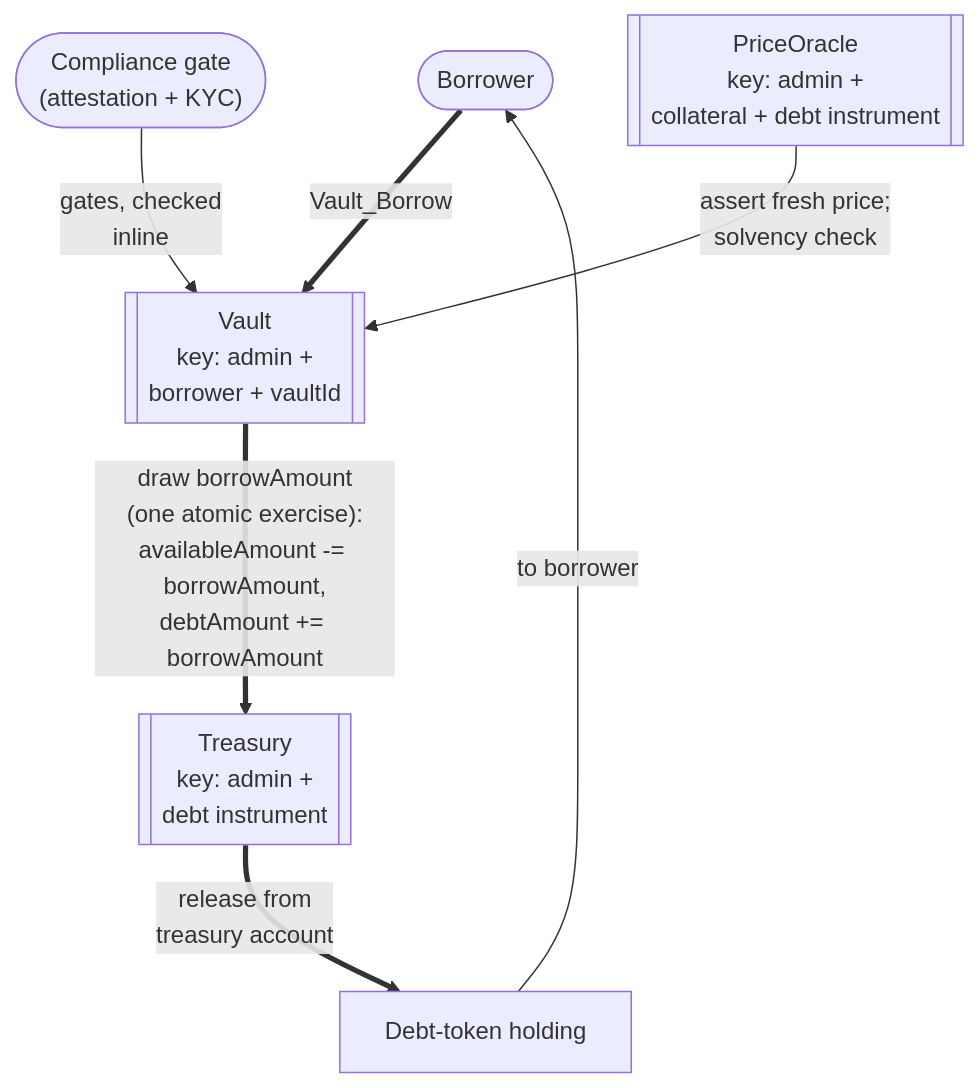
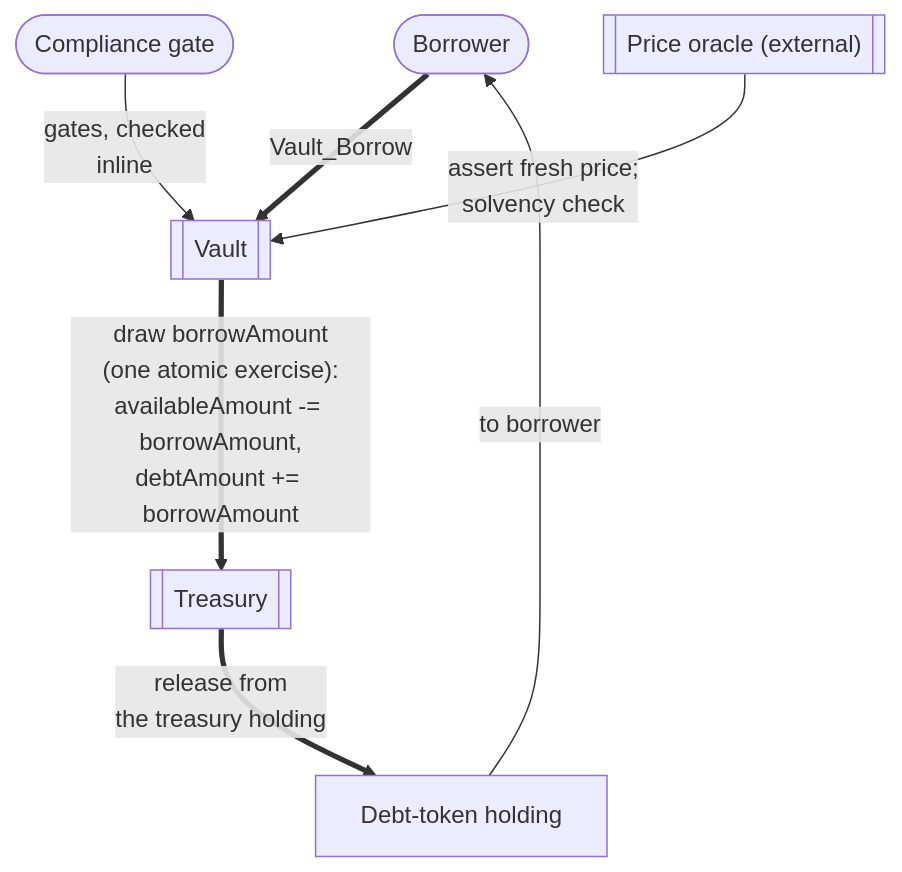
One commit to OpenZeppelin/canton-specs changed the fourth of 8 diagrams in docs/reference-architectures/lending.md. Above: the diagram before and after it, drawn with Mermaid. The commit also changed other lines of this file, not shown here.

````diff
--- a/docs/reference-architectures/lending.md
+++ b/docs/reference-architectures/lending.md
@@ -317,16 +385,16 @@
 ```mermaid
 flowchart TD
     Borrower([Borrower])
-    Compliance(["Compliance gate<br/>(attestation + KYC)"])
-    Oracle[["PriceOracle<br/>key: admin +<br/>collateral + debt instrument"]]
-    Vault[["Vault<br/>key: admin +<br/>borrower + vaultId"]]
-    Treasury[["Treasury<br/>key: admin +<br/>debt instrument"]]
+    Compliance(["Compliance gate"])
+    Oracle[["Price oracle (external)"]]
+    Vault[["Vault"]]
+    Treasury[["Treasury"]]
     Coin["Debt-token holding"]
 
     Borrower ==>|"Vault_Borrow"| Vault
     Compliance -->|"gates, checked<br/>inline"| Vault
     Oracle -->|"assert fresh price;<br/>solvency check"| Vault
     Vault ==>|"draw borrowAmount<br/>(one atomic exercise):<br/>availableAmount -= borrowAmount,<br/>debtAmount += borrowAmount"| Treasury
-    Treasury ==>|"release from<br/>treasury account"| Coin
+    Treasury ==>|"release from<br/>the treasury holding"| Coin
     Coin -->|"to borrower"| Borrower
 ```
````
